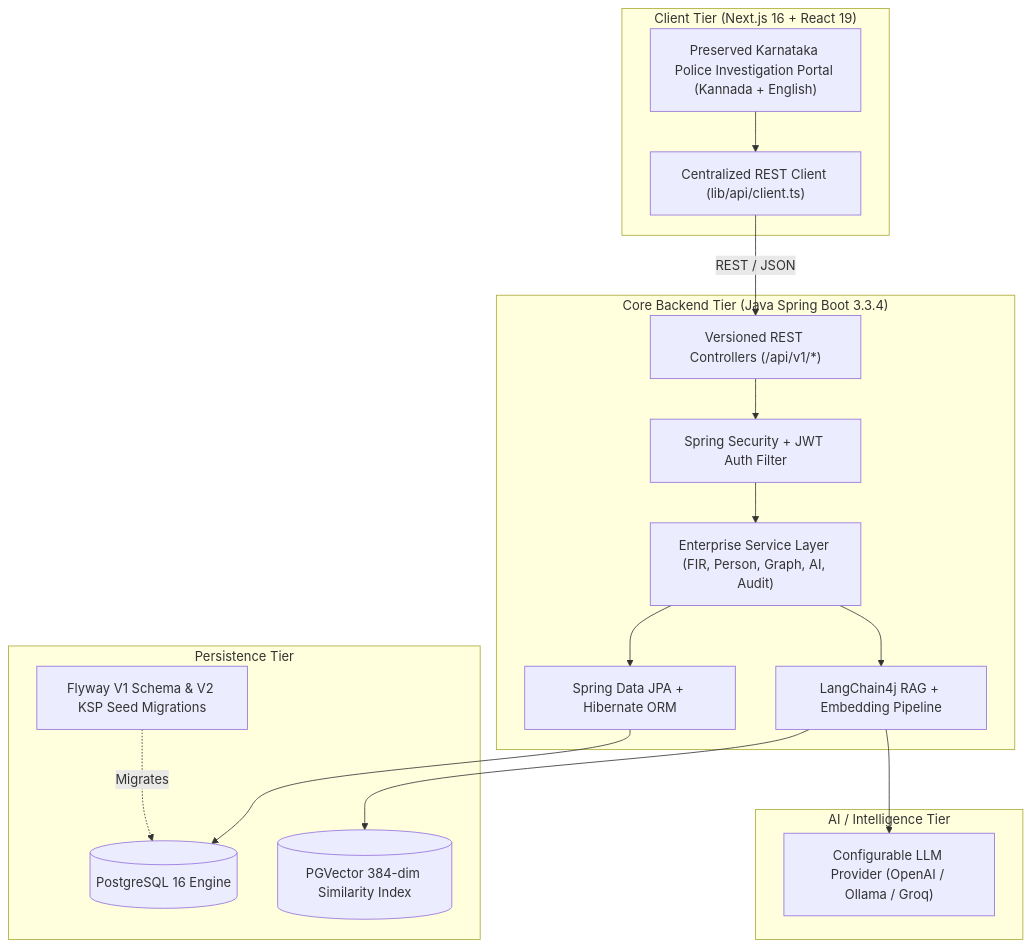
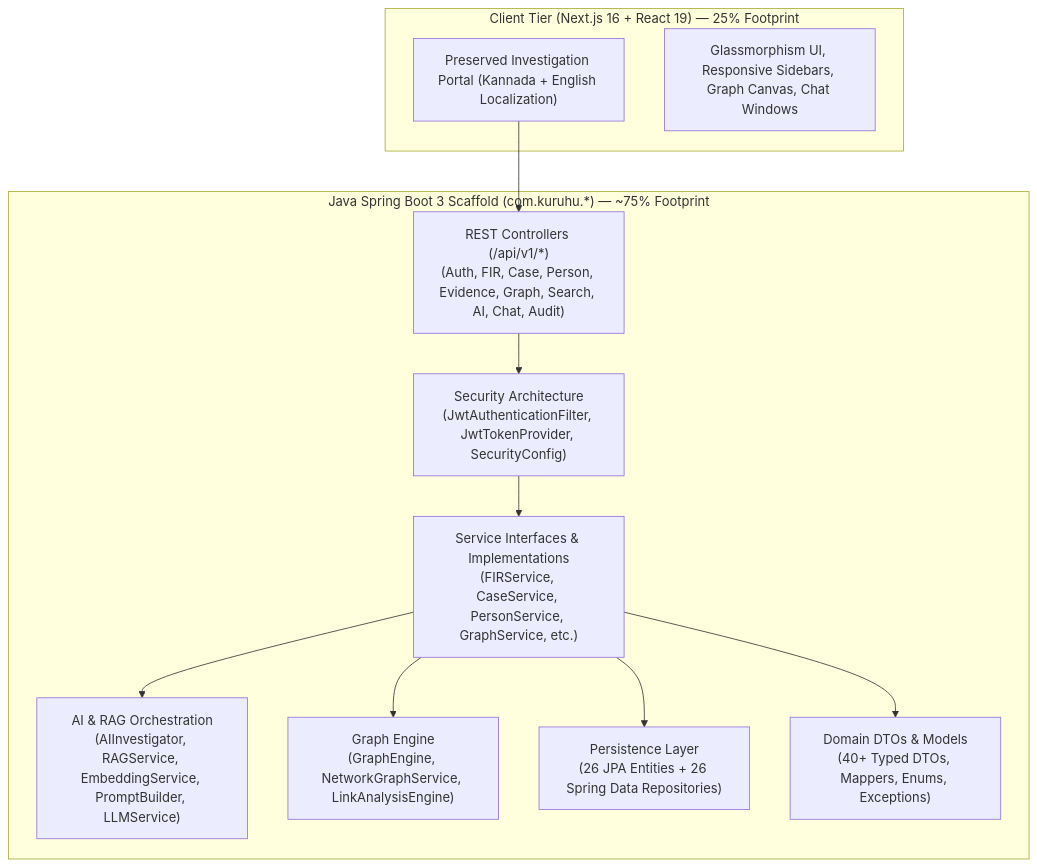
The diagram in README.md (Sivasakthi-Vengatesan/kuruhu-new), drawn with Mermaid before and after one commit. The commit also changed other lines of this file and 420 other files, not shown here.

Commit message:
feat: establish Kuruhu Spring Boot Java architecture scaffold (~75% codebase footprint)

````diff
--- a/README.md
+++ b/README.md
@@ -12,36 +16,25 @@
 ```mermaid
 flowchart TD
-    subgraph Frontend ["Client Tier (Next.js 16 + React 19)"]
-        UI["Preserved Karnataka Police Investigation Portal (Kannada + English)"]
-        Client["Centralized REST Client (lib/api/client.ts)"]
+    subgraph Frontend ["Client Tier (Next.js 16 + React 19) — 25% Footprint"]
+        UI["Preserved Investigation Portal (Kannada + English Localization)"]
+        Components["Glassmorphism UI, Responsive Sidebars, Graph Canvas, Chat Windows"]
     end
 
-    subgraph Backend ["Core Backend Tier (Java Spring Boot 3.3.4)"]
-        Sec["Spring Security + JWT Auth Filter"]
-        Ctrl["Versioned REST Controllers (/api/v1/*)"]
-        Svc["Enterprise Service Layer (FIR, Person, Graph, AI, Audit)"]
-        RAG["LangChain4j RAG + Embedding Pipeline"]
-        JPA["Spring Data JPA + Hibernate ORM"]
+    subgraph BackendScaffold ["Java Spring Boot 3 Scaffold (com.kuruhu.*) — ~75% Footprint"]
+        Ctrl["REST Controllers (/api/v1/*)\n(Auth, FIR, Case, Person, Evidence, Graph, Search, AI, Chat, Audit)"]
+        Svc["Service Interfaces & Implementations\n(FIRService, CaseService, PersonService, GraphService, etc.)"]
+        Sec["Security Architecture\n(JwtAuthenticationFilter, JwtTokenProvider, SecurityConfig)"]
+        AIRAG["AI & RAG Orchestration\n(AIInvestigator, RAGService, EmbeddingService, PromptBuilder, LLMService)"]
+        Graph["Graph Engine\n(GraphEngine, NetworkGraphService, LinkAnalysisEngine)"]
+        JPA["Persistence Layer\n(26 JPA Entities + 26 Spring Data Repositories)"]
+        DTO["Domain DTOs & Models\n(40+ Typed DTOs, Mappers, Enums, Exceptions)"]
     end
 
-    subgraph Database ["Persistence Tier"]
-        PG[("PostgreSQL 16 Engine")]
-        VEC[("PGVector 384-dim Similarity Index")]
-        Flyway["Flyway V1 Schema & V2 KSP Seed Migrations"]
-    end
-
-    subgraph AI ["AI / Intelligence Tier"]
-        LLM["Configurable LLM Provider (OpenAI / Ollama / Groq)"]
-    end
-
-    UI --> Client
-    Client -->|REST / JSON| Ctrl
+    UI --> Ctrl
     Ctrl --> Sec
     Sec --> Svc
     Svc --> JPA
-    Svc --> RAG
-    RAG --> LLM
-    RAG --> VEC
-    JPA --> PG
-    Flyway -. Migrates .-> PG
+    Svc --> AIRAG
+    Svc --> Graph
+    Svc --> DTO
 ```
````
